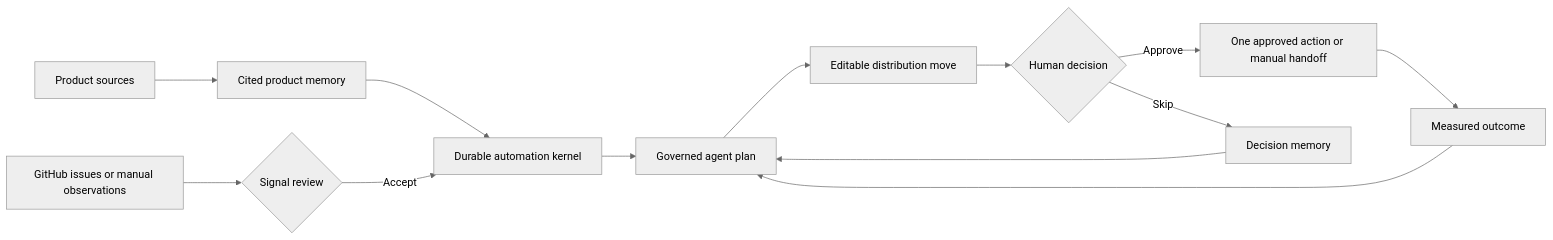
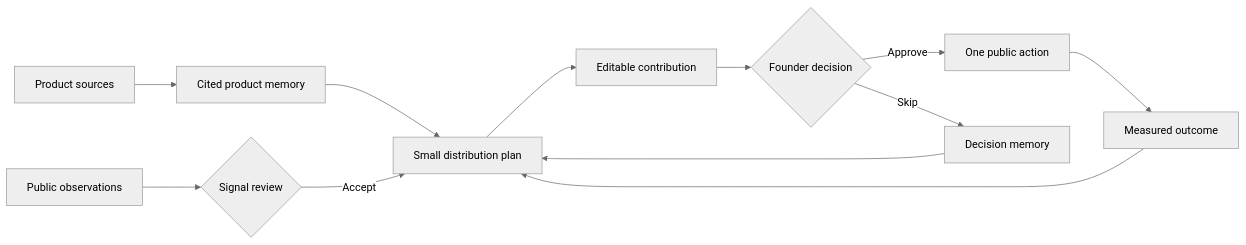
One commit to Vequan23/distribution-os changed the diagram in README.md. Above: the diagram before and after it, drawn with Mermaid (neutral theme). The commit also changed other lines of this file and 2 other files, not shown here.

Commit message:
docs: rewrite Distribution OS README

````diff
--- a/README.md
+++ b/README.md
@@ -19,15 +28,14 @@
 ```mermaid
 flowchart LR
   A["Product sources"] --> B["Cited product memory"]
-  B --> K["Durable automation kernel"]
-  K --> C["Governed agent plan"]
-  I["GitHub issues or manual observations"] --> J{"Signal review"}
-  J -->|Accept| K
-  C --> D["Editable distribution move"]
-  D --> E{"Human decision"}
-  E -->|Approve| F["One approved action or manual handoff"]
+  B --> C["Small distribution plan"]
+  I["Public observations"] --> J{"Signal review"}
+  J -->|Accept| C
+  C --> D["Editable contribution"]
+  D --> E{"Founder decision"}
+  E -->|Approve| F["One public action"]
   E -->|Skip| G["Decision memory"]
   F --> H["Measured outcome"]
   G --> C
   H --> C
 ```
````
